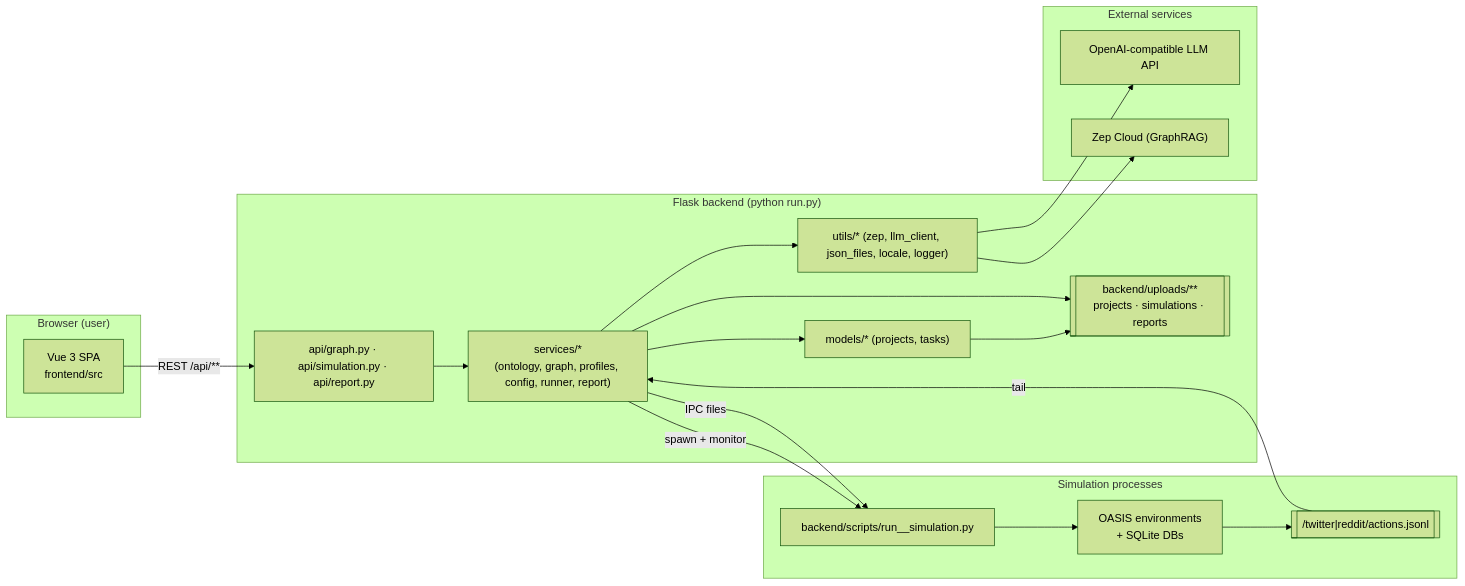
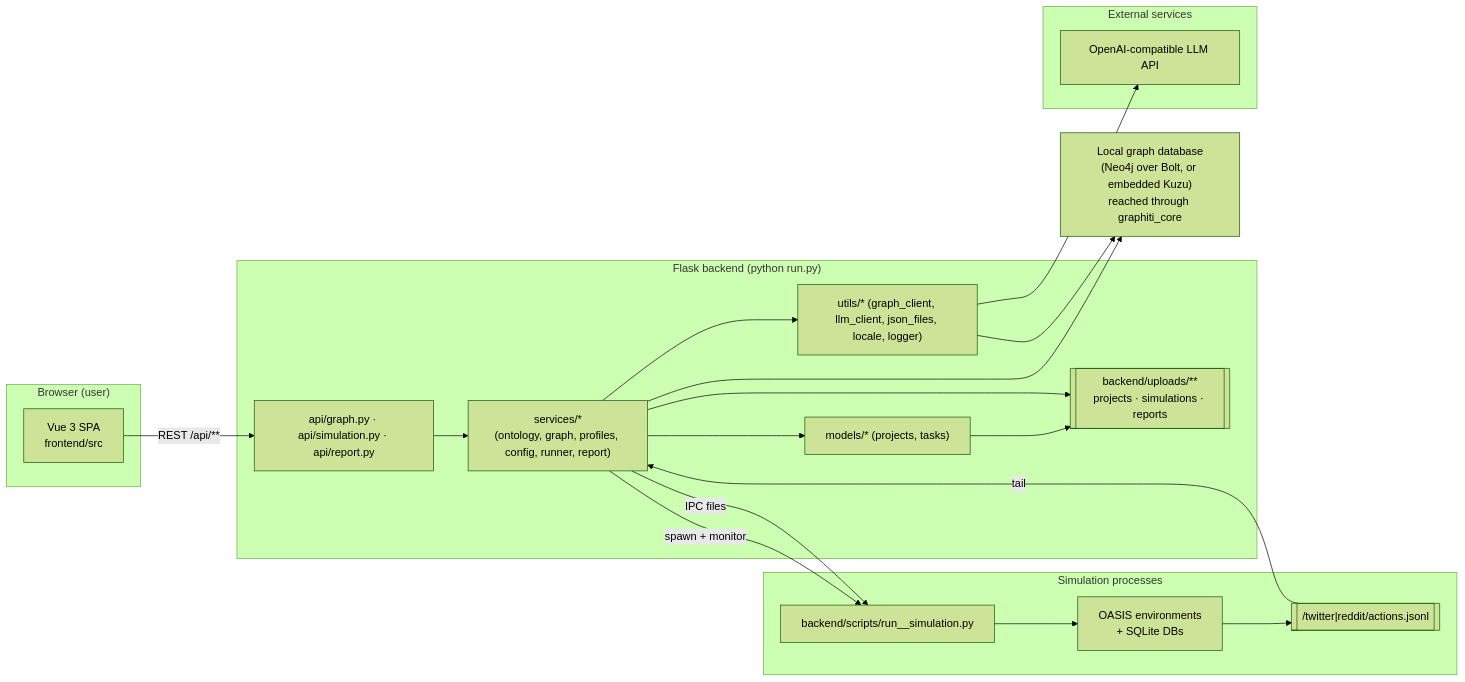
The first of 7 diagrams in docs/DESIGN.md (Ghostfusion/MiroFish), drawn with Mermaid (forest theme) before and after one commit. The commit also changed other lines of this file and 48 other files, not shown here.

````diff
--- a/docs/DESIGN.md
+++ b/docs/DESIGN.md
@@ -47,37 +47,39 @@
 ```mermaid
 flowchart LR
   subgraph Browser["Browser (user)"]
     SPA["Vue 3 SPA\nfrontend/src"]
   end
 
   subgraph Backend["Flask backend (python run.py)"]
     API["api/graph.py · api/simulation.py · api/report.py"]
     SVC["services/*\n(ontology, graph, profiles, config, runner, report)"]
     MODEL["models/* (projects, tasks)"]
-    UTIL["utils/* (zep, llm_client, json_files, locale, logger)"]
+    UTIL["utils/* (graph_client, llm_client, json_files, locale, logger)"]
     FS[["backend/uploads/**\nprojects · simulations · reports"]]
     SPA -->|REST /api/**| API
     API --> SVC --> MODEL
     SVC --> UTIL
     MODEL --> FS
     SVC --> FS
   end
 
   subgraph SimProc["Simulation processes"]
     RUN["backend/scripts/run_<platform>_simulation.py"]
     OASIS["OASIS environments\n+ SQLite DBs"]
     ACTLOG[["<sim>/twitter|reddit/actions.jsonl"]]
     RUN --> OASIS --> ACTLOG
   end
 
   subgraph Cloud["External services"]
     LLM["OpenAI-compatible LLM API"]
-    ZEP["Zep Cloud (GraphRAG)"]
   end
+
+  GRAPH["Local graph database\n(Neo4j over Bolt, or embedded Kuzu)\nreached through graphiti_core"]
 
   SVC -->|spawn + monitor| RUN
   ACTLOG -->|tail| SVC
   UTIL --> LLM
-  UTIL --> ZEP
+  SVC --> GRAPH
+  UTIL --> GRAPH
   SVC -->|IPC files| RUN
 ```
````
